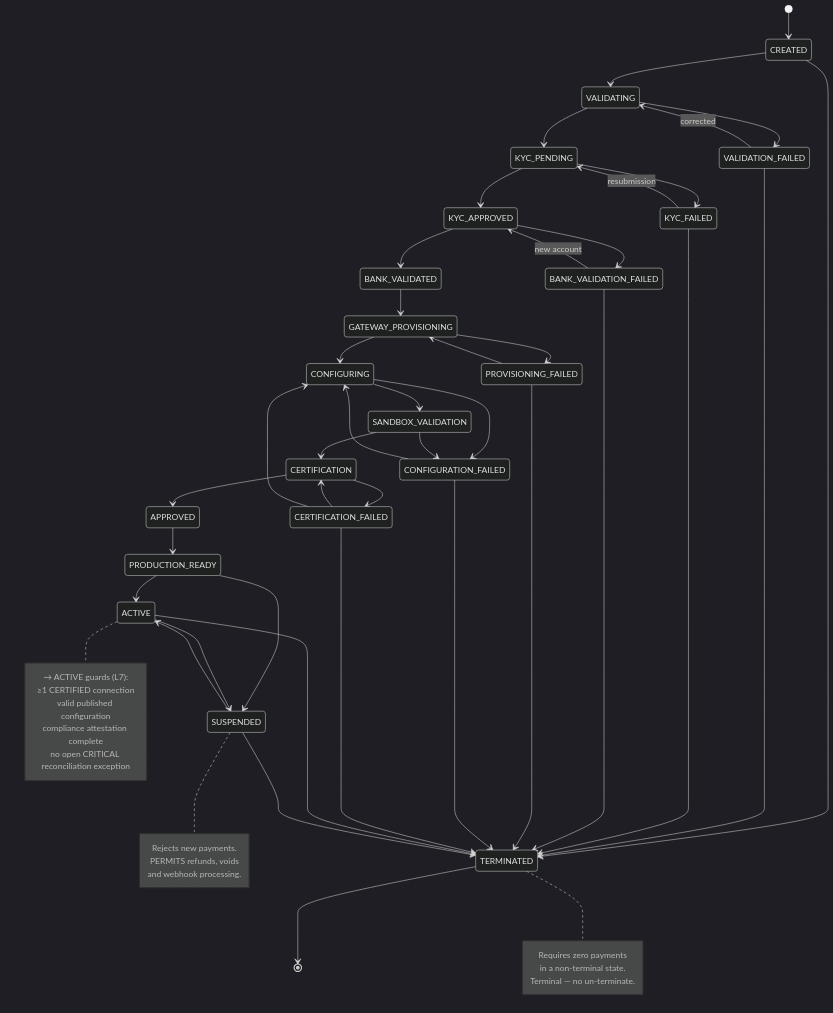
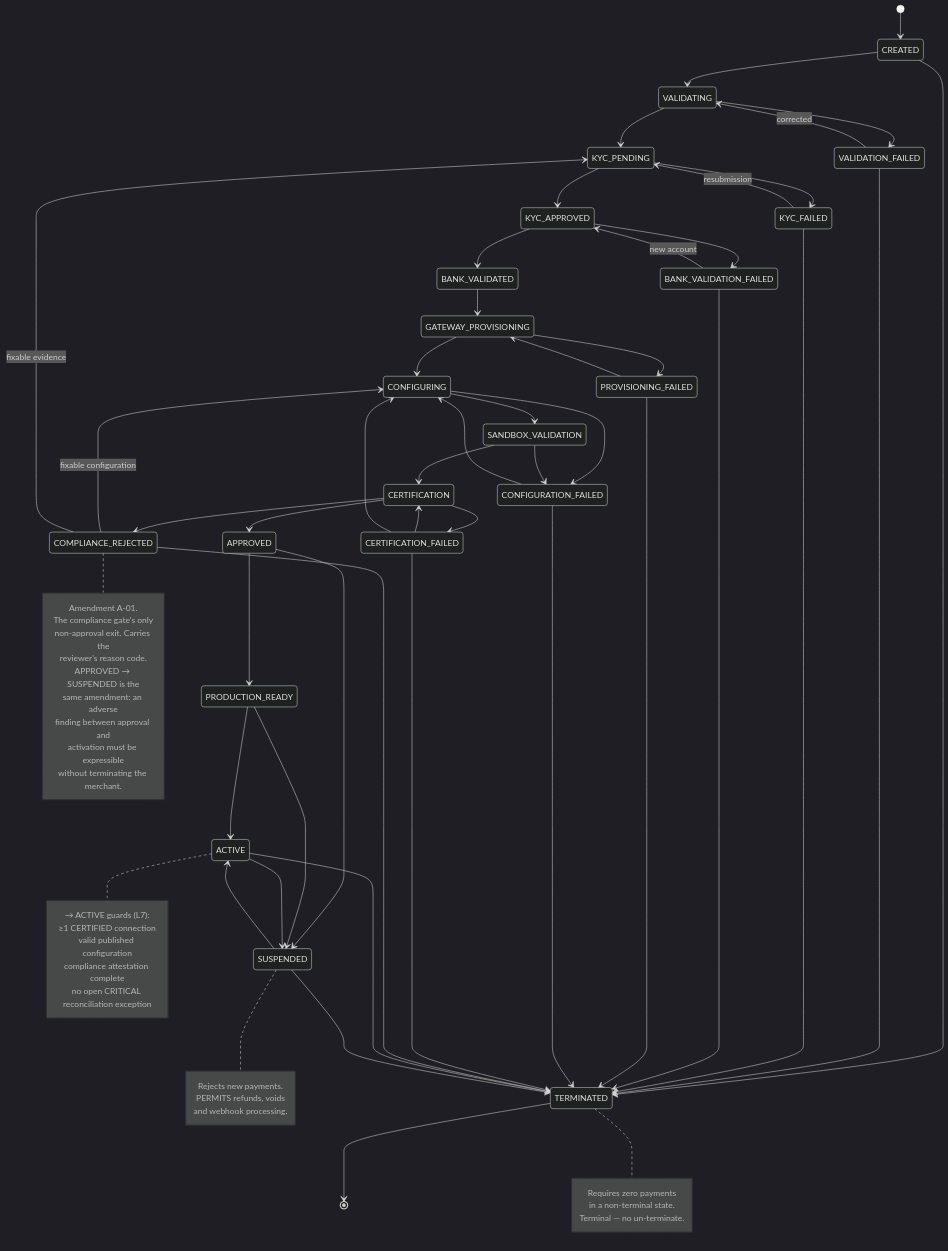
The fourth of 4 diagrams in docs/onboarding.md (udaykishore-resu/payments-platform), drawn with Mermaid (dark theme) before and after one commit. The commit also changed other lines of this file and 67 other files, not shown here.

````diff
--- a/docs/onboarding.md
+++ b/docs/onboarding.md
@@ -475,60 +487,76 @@
 ```mermaid
 stateDiagram-v2
     [*] --> CREATED
     CREATED --> VALIDATING
     CREATED --> TERMINATED
     VALIDATING --> KYC_PENDING
     VALIDATING --> VALIDATION_FAILED
     VALIDATION_FAILED --> VALIDATING: corrected
     VALIDATION_FAILED --> TERMINATED
     KYC_PENDING --> KYC_APPROVED
     KYC_PENDING --> KYC_FAILED
     KYC_FAILED --> KYC_PENDING: resubmission
     KYC_FAILED --> TERMINATED
     KYC_APPROVED --> BANK_VALIDATED
     KYC_APPROVED --> BANK_VALIDATION_FAILED
     BANK_VALIDATION_FAILED --> KYC_APPROVED: new account
     BANK_VALIDATION_FAILED --> TERMINATED
     BANK_VALIDATED --> GATEWAY_PROVISIONING
     GATEWAY_PROVISIONING --> CONFIGURING
     GATEWAY_PROVISIONING --> PROVISIONING_FAILED
     PROVISIONING_FAILED --> GATEWAY_PROVISIONING
     PROVISIONING_FAILED --> TERMINATED
     CONFIGURING --> SANDBOX_VALIDATION
     CONFIGURING --> CONFIGURATION_FAILED
     CONFIGURATION_FAILED --> CONFIGURING
     CONFIGURATION_FAILED --> TERMINATED
     SANDBOX_VALIDATION --> CERTIFICATION
     SANDBOX_VALIDATION --> CONFIGURATION_FAILED
     CERTIFICATION --> APPROVED
     CERTIFICATION --> CERTIFICATION_FAILED
+    CERTIFICATION --> COMPLIANCE_REJECTED
     CERTIFICATION_FAILED --> CERTIFICATION
     CERTIFICATION_FAILED --> CONFIGURING
     CERTIFICATION_FAILED --> TERMINATED
+    COMPLIANCE_REJECTED --> CONFIGURING: fixable configuration
+    COMPLIANCE_REJECTED --> KYC_PENDING: fixable evidence
+    COMPLIANCE_REJECTED --> TERMINATED
     APPROVED --> PRODUCTION_READY
+    APPROVED --> SUSPENDED
     PRODUCTION_READY --> ACTIVE
     PRODUCTION_READY --> SUSPENDED
     ACTIVE --> SUSPENDED
     ACTIVE --> TERMINATED
     SUSPENDED --> ACTIVE
     SUSPENDED --> TERMINATED
     TERMINATED --> [*]
 
     note right of ACTIVE
         → ACTIVE guards (L7):
         ≥1 CERTIFIED connection
         valid published configuration
         compliance attestation complete
         no open CRITICAL reconciliation exception
     end note
     note right of SUSPENDED
         Rejects new payments.
         PERMITS refunds, voids
         and webhook processing.
     end note
     note right of TERMINATED
         Requires zero payments
         in a non-terminal state.
         Terminal — no un-terminate.
     end note
+    note right of COMPLIANCE_REJECTED
+        Amendment A-01.
+        The compliance gate's only
+        non-approval exit. Carries the
+        reviewer's reason code.
+        APPROVED → SUSPENDED is the
+        same amendment: an adverse
+        finding between approval and
+        activation must be expressible
+        without terminating the merchant.
+    end note
 ```
````
